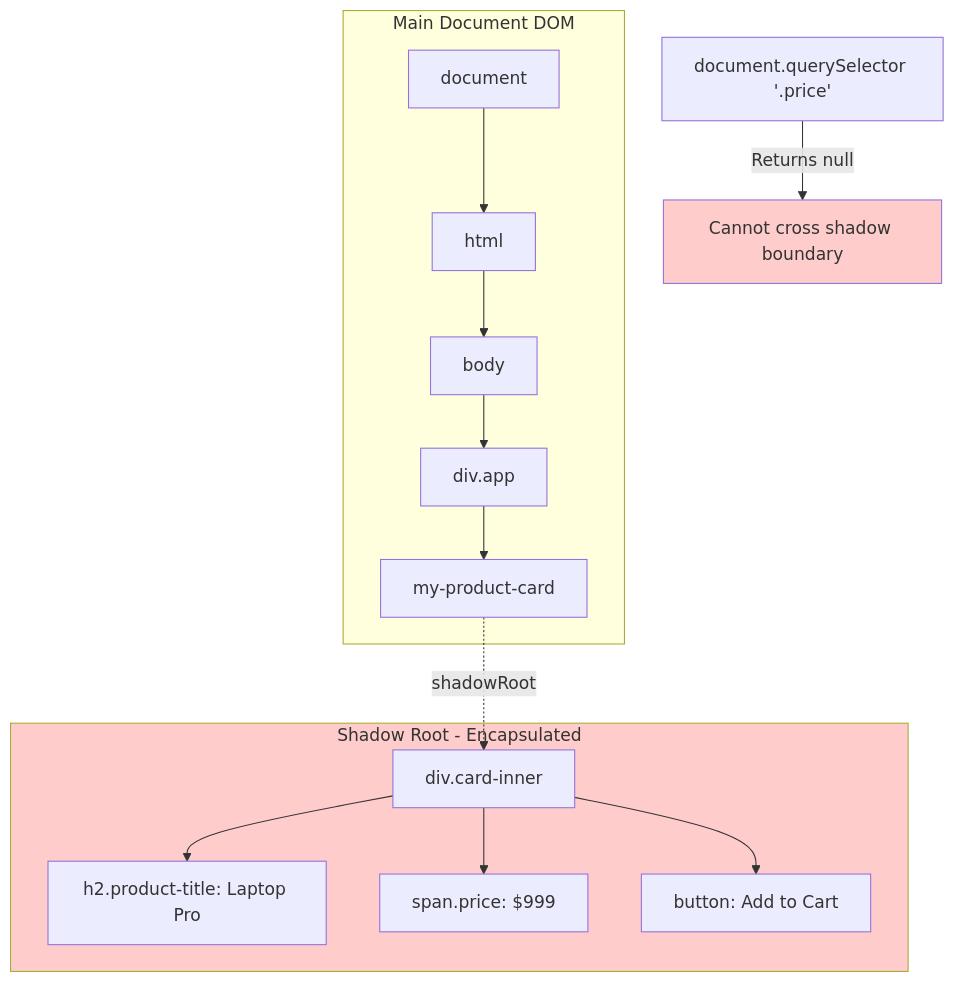
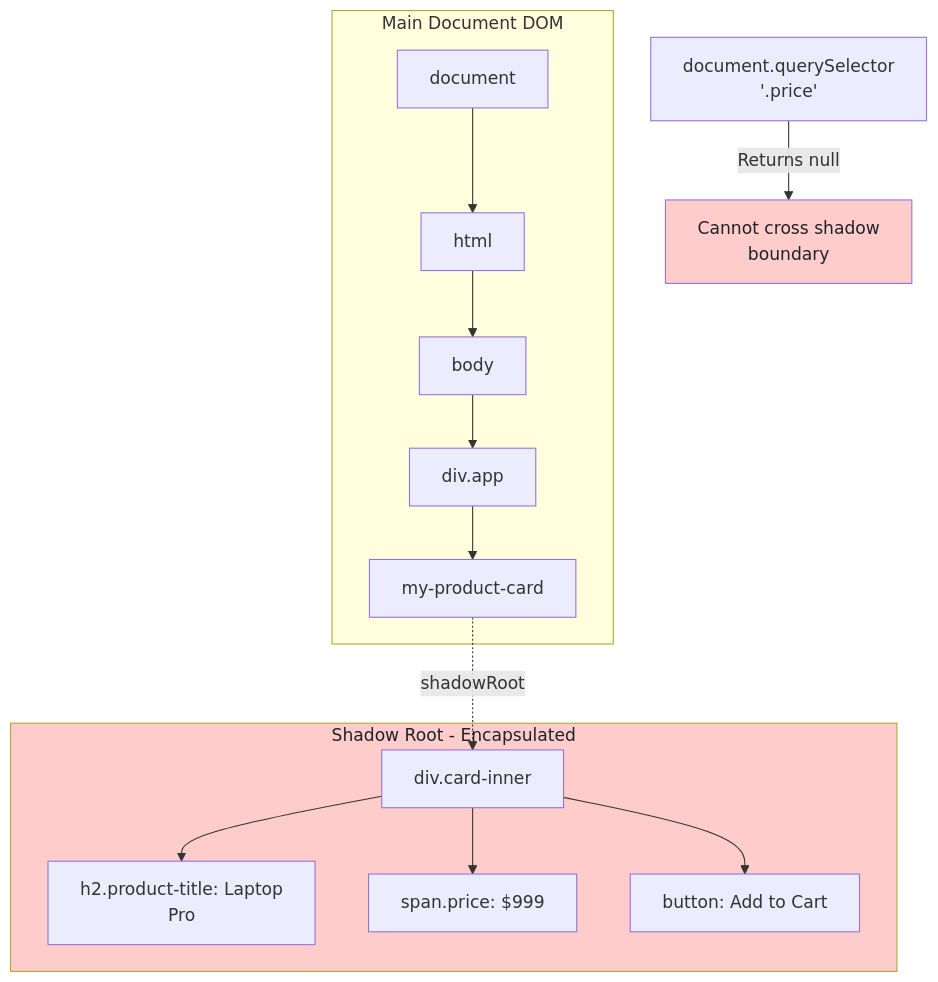
The first of 3 diagrams in _posts/2026-02-27-shadow-dom-the-silent-killer-of-ai-web-scraping.md (bytetunnels/bytetunnels.github.com), drawn with Mermaid before and after one commit. The commit also changed other lines of this file and 118 other files, not shown here.

Commit message:
feat: improve diagram styling and compact wide flowcharts

````diff
--- a/_posts/2026-02-27-shadow-dom-the-silent-killer-of-ai-web-scraping.md
+++ b/_posts/2026-02-27-shadow-dom-the-silent-killer-of-ai-web-scraping.md
@@ -21,21 +21,21 @@
 ```mermaid
 flowchart TD
     subgraph MAIN["Main Document DOM"]
         A["document"] --> B["html"]
         B --> C["body"]
         C --> D["div.app"]
         D --> E["my-product-card"]
     end
 
     subgraph SHADOW["Shadow Root - Encapsulated"]
         E -.->|"shadowRoot"| F["div.card-inner"]
-        F --> G["h2.product-title: Laptop Pro"]
+        F --> G["h2.product-title: Laptop<br/>Pro"]
         F --> H["span.price: $999"]
         F --> I["button: Add to Cart"]
     end
 
-    J["document.querySelector '.price'"] -->|"Returns null"| K["Cannot cross shadow boundary"]
+    J["document.querySelector<br/>'.price'"] -->|"Returns null"| K["Cannot cross shadow<br/>boundary"]
 
-    style SHADOW fill:#ffcccc
-    style K fill:#ffcccc
+    style SHADOW fill:#ffcccc,color:#1f2328
+    style K fill:#ffcccc,color:#1f2328
 ```
````
